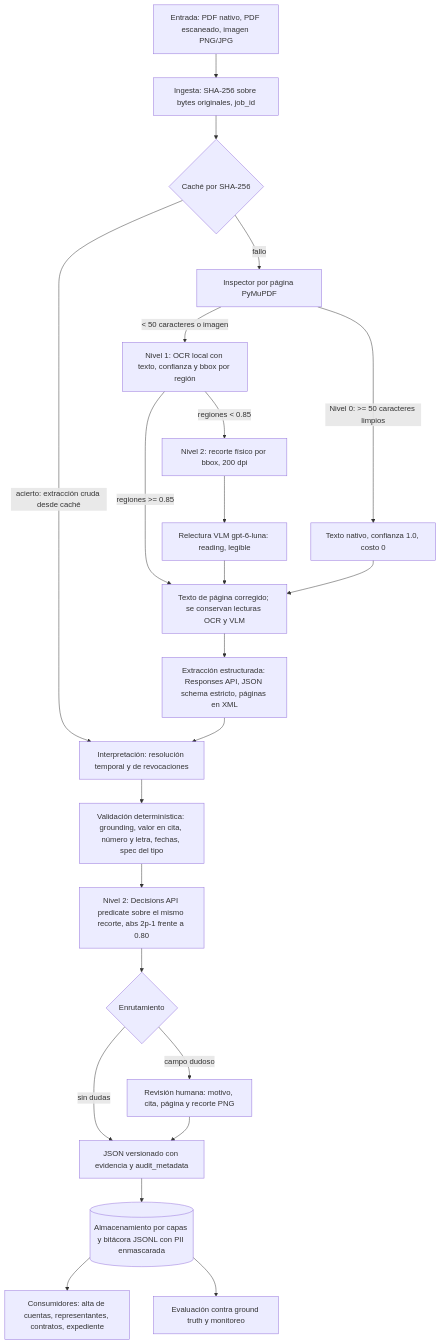
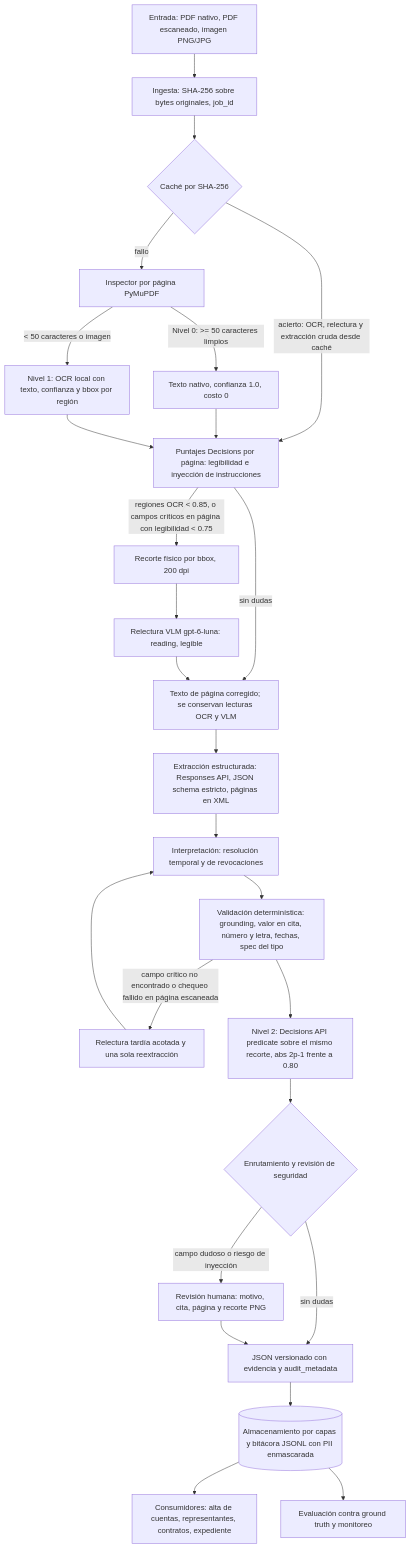
The diagram in docs/ARCHITECTURE_AND_DESIGN.md (rupi-rs/actas-constitutivas-pipeline), drawn with Mermaid before and after one commit. The commit also changed other lines of this file and 5 other files, not shown here.

````diff
--- a/docs/ARCHITECTURE_AND_DESIGN.md
+++ b/docs/ARCHITECTURE_AND_DESIGN.md
@@ -18,25 +18,28 @@
 ```mermaid
 flowchart TD
     IN[Entrada: PDF nativo, PDF escaneado, imagen PNG/JPG] --> H[Ingesta: SHA-256 sobre bytes originales, job_id]
     H --> C{Caché por SHA-256}
-    C -->|acierto: extracción cruda desde caché| RES
+    C -->|acierto: OCR, relectura y extracción cruda desde caché| SC
     C -->|fallo| INS[Inspector por página PyMuPDF]
     INS -->|Nivel 0: >= 50 caracteres limpios| NAT[Texto nativo, confianza 1.0, costo 0]
     INS -->|< 50 caracteres o imagen| OCR[Nivel 1: OCR local con texto, confianza y bbox por región]
-    OCR -->|regiones >= 0.85| TXT
-    OCR -->|regiones < 0.85| CROP[Nivel 2: recorte físico por bbox, 200 dpi]
+    NAT --> SC
+    OCR --> SC[Puntajes Decisions por página: legibilidad e inyección de instrucciones]
+    SC -->|regiones OCR < 0.85, o campos críticos en página con legibilidad < 0.75| CROP[Recorte físico por bbox, 200 dpi]
+    SC -->|sin dudas| TXT
     CROP --> VLM[Relectura VLM gpt-6-luna: reading, legible]
     VLM --> TXT[Texto de página corregido; se conservan lecturas OCR y VLM]
-    NAT --> TXT
     TXT --> EXT[Extracción estructurada: Responses API, JSON schema estricto, páginas en XML]
     EXT --> RES[Interpretación: resolución temporal y de revocaciones]
     RES --> VAL[Validación determinística: grounding, valor en cita, número y letra, fechas, spec del tipo]
+    VAL -->|campo crítico no encontrado o chequeo fallido en página escaneada| LATE[Relectura tardía acotada y una sola reextracción]
+    LATE --> RES
     VAL --> DEC[Nivel 2: Decisions API predicate sobre el mismo recorte, abs 2p-1 frente a 0.80]
-    DEC --> ROUT{Enrutamiento}
+    DEC --> ROUT{Enrutamiento y revisión de seguridad}
     ROUT -->|sin dudas| OUT[JSON versionado con evidencia y audit_metadata]
-    ROUT -->|campo dudoso| HR[Revisión humana: motivo, cita, página y recorte PNG]
+    ROUT -->|campo dudoso o riesgo de inyección| HR[Revisión humana: motivo, cita, página y recorte PNG]
     HR --> OUT
     OUT --> ST[(Almacenamiento por capas y bitácora JSONL con PII enmascarada)]
     ST --> CONS[Consumidores: alta de cuentas, representantes, contratos, expediente]
     ST --> EV[Evaluación contra ground truth y monitoreo]
 ```
````
